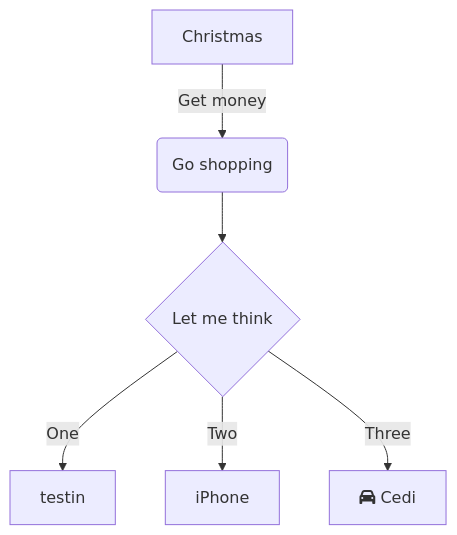
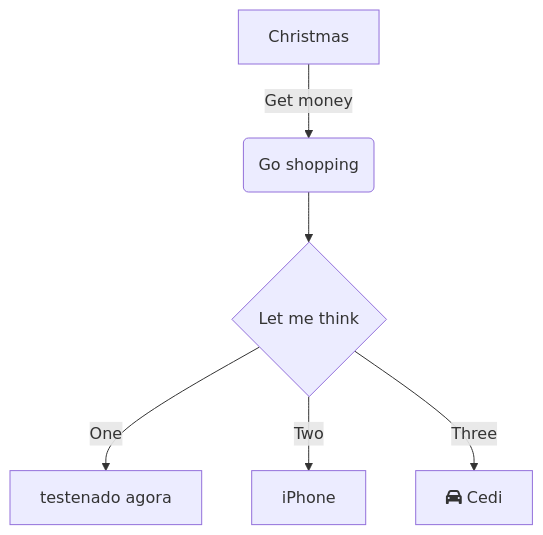
One commit to carloshenriquegh/backlog changed the diagram in mermaid/mermaid-teste1.md. Above: the diagram before and after it, drawn with Mermaid. The commit also changed other lines of this file, not shown here.

````diff
--- a/mermaid/mermaid-teste1.md
+++ b/mermaid/mermaid-teste1.md
@@ -10,12 +3,12 @@
 ```mermaid
 ---
 config:
 theme: light
 ---
 flowchart TD
     A[Christmas] -->|Get money| B(Go shopping)
     B --> C{Let me think}
-    C -->|One| D[testin]
+    C -->|One| D[testenado agora ]
     C -->|Two| E[iPhone]
     C -->|Three| F[fa:fa-car Cedi]
 ```
````
